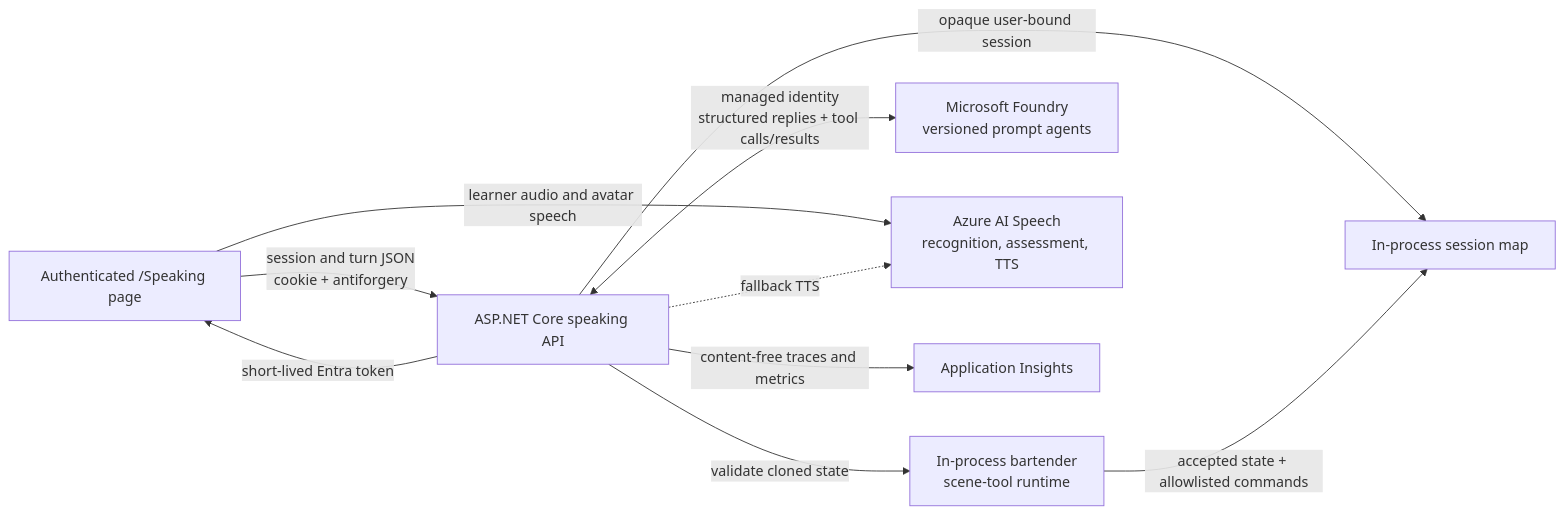
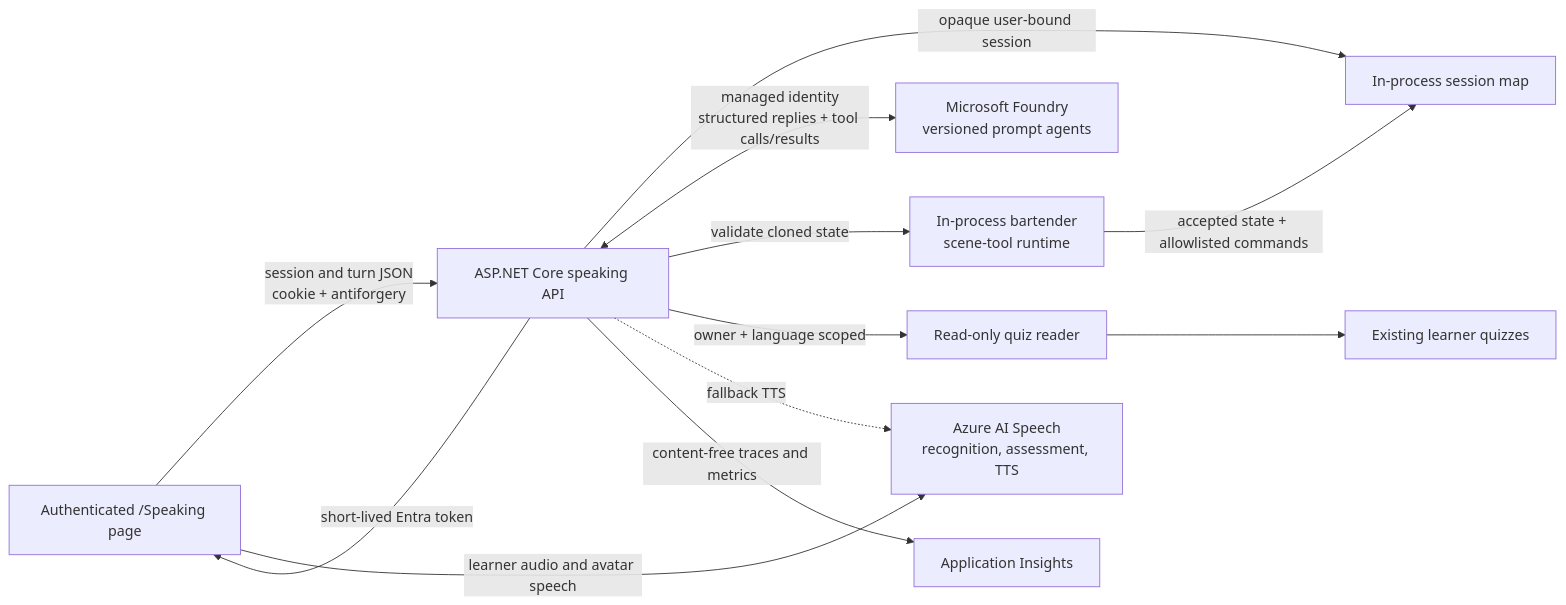
One commit to gusbo9233/Glosify-.net changed the diagram in docs/azure-speaking-practice.md. Above: the diagram before and after it, drawn with Mermaid. The commit also changed other lines of this file and 67 other files, not shown here.

````diff
--- a/docs/azure-speaking-practice.md
+++ b/docs/azure-speaking-practice.md
@@ -19,20 +22,24 @@
 ```mermaid
 flowchart LR
     Browser["Authenticated /Speaking page"]
     Api["ASP.NET Core speaking API"]
     Memory["In-process session map"]
+    QuizReader["Read-only quiz reader"]
+    QuizData["Existing learner quizzes"]
     SceneTools["In-process bartender<br/>scene-tool runtime"]
     Foundry["Microsoft Foundry<br/>versioned prompt agents"]
     Speech["Azure AI Speech<br/>recognition, assessment, TTS"]
     Insights["Application Insights"]
 
     Browser -->|"session and turn JSON<br/>cookie + antiforgery"| Api
     Api -->|"opaque user-bound session"| Memory
     Api <-->|"managed identity<br/>structured replies + tool calls/results"| Foundry
     Api -->|"validate cloned state"| SceneTools
+    Api -->|"owner + language scoped"| QuizReader
+    QuizReader --> QuizData
     SceneTools -->|"accepted state + allowlisted commands"| Memory
     Api -->|"short-lived Entra token"| Browser
     Browser -->|"learner audio and avatar speech"| Speech
     Api -.->|"fallback TTS"| Speech
     Api -->|"content-free traces and metrics"| Insights
 ```
````
